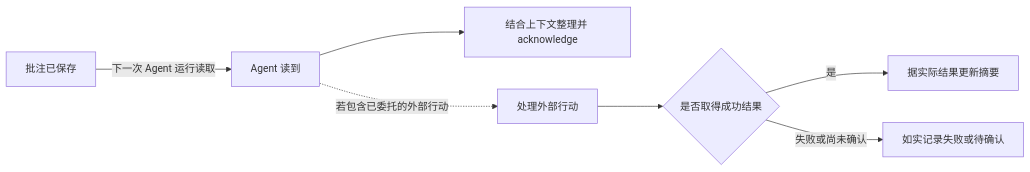
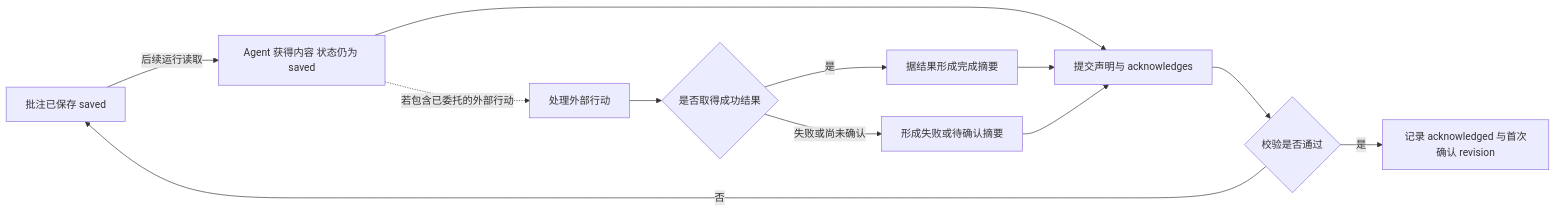
The first of 2 diagrams in docs/user-stories.md (nemori-ai/fold-skill), drawn with Mermaid before and after one commit. The commit also changed other lines of this file and 20 other files, not shown here.

````diff
--- a/docs/user-stories.md
+++ b/docs/user-stories.md
@@ -122,9 +138,14 @@
 ```mermaid
 flowchart LR
-  S[批注已保存] -->|下一次 Agent 运行读取| R[Agent 读到]
-  R --> D[结合上下文整理并 acknowledge]
+  S[批注已保存 saved] -->|后续运行读取| R[Agent 获得内容 状态仍为 saved]
+  R --> D[提交声明与 acknowledges]
+  D --> V{校验是否通过}
+  V -->|否| S
+  V -->|是| K[记录 acknowledged 与首次确认 revision]
   R -.->|若包含已委托的外部行动| A[处理外部行动]
   A --> Q{是否取得成功结果}
-  Q -->|是| C[据实际结果更新摘要]
-  Q -->|失败或尚未确认| U[如实记录失败或待确认]
+  Q -->|是| C[据结果形成完成摘要]
+  Q -->|失败或尚未确认| U[形成失败或待确认摘要]
+  C --> D
+  U --> D
 ```
````
